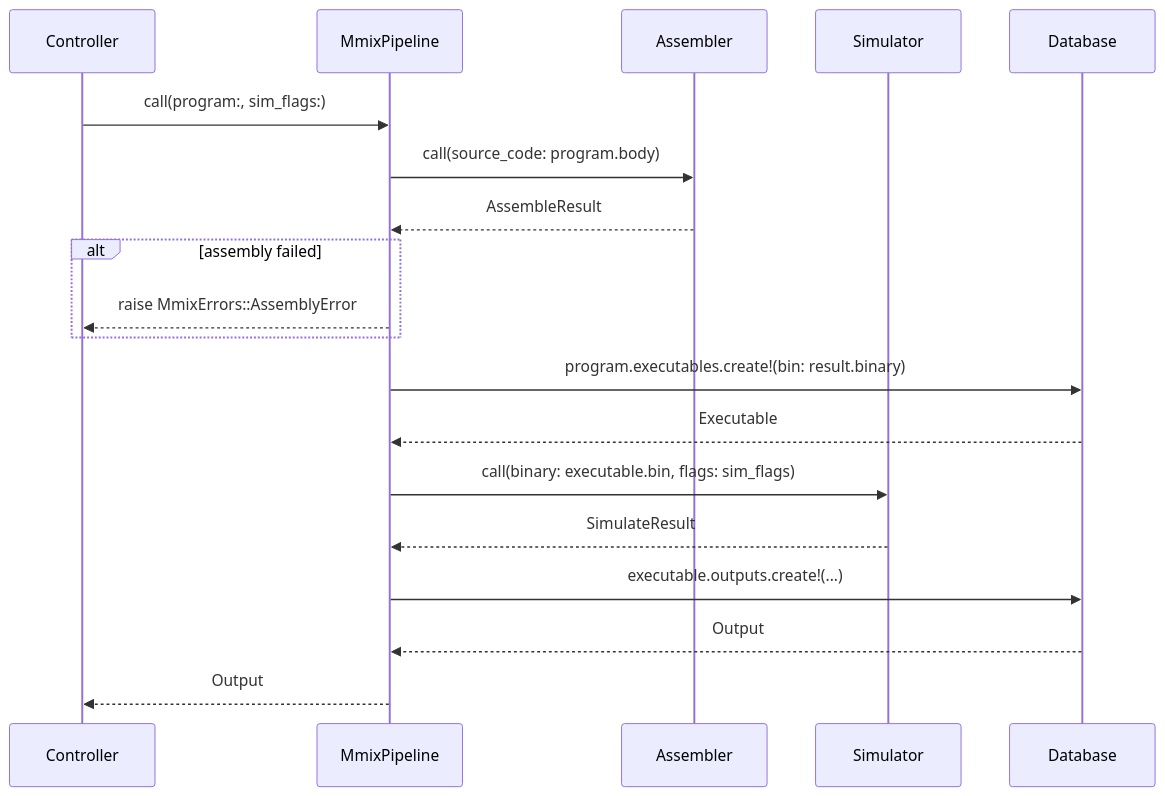
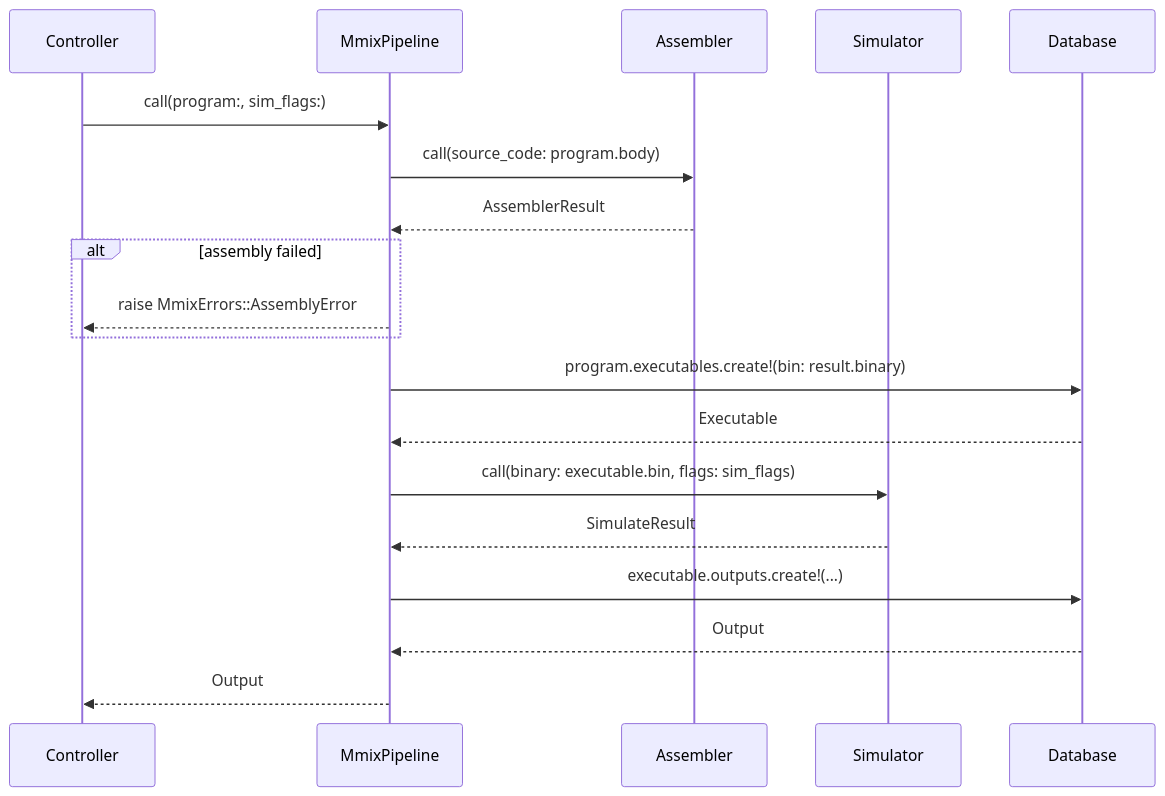
Before and after one commit to Wirt4/mmix-simulator: the fourth of 6 diagrams in docs/service_architecture.md, drawn with Mermaid. The commit also changed other lines of this file, not shown here.

````diff
--- a/docs/service_architecture.md
+++ b/docs/service_architecture.md
@@ -130,27 +126,27 @@
 ```mermaid
 sequenceDiagram
     participant C as Controller
     participant P as MmixPipeline
     participant A as Assembler
     participant S as Simulator
     participant DB as Database
 
     C->>P: call(program:, sim_flags:)
     P->>A: call(source_code: program.body)
-    A-->>P: AssembleResult
+    A-->>P: AssemblerResult
 
     alt assembly failed
         P-->>C: raise MmixErrors::AssemblyError
     end
 
     P->>DB: program.executables.create!(bin: result.binary)
     DB-->>P: Executable
 
     P->>S: call(binary: executable.bin, flags: sim_flags)
     S-->>P: SimulateResult
 
     P->>DB: executable.outputs.create!(...)
     DB-->>P: Output
 
     P-->>C: Output
 ```
````
